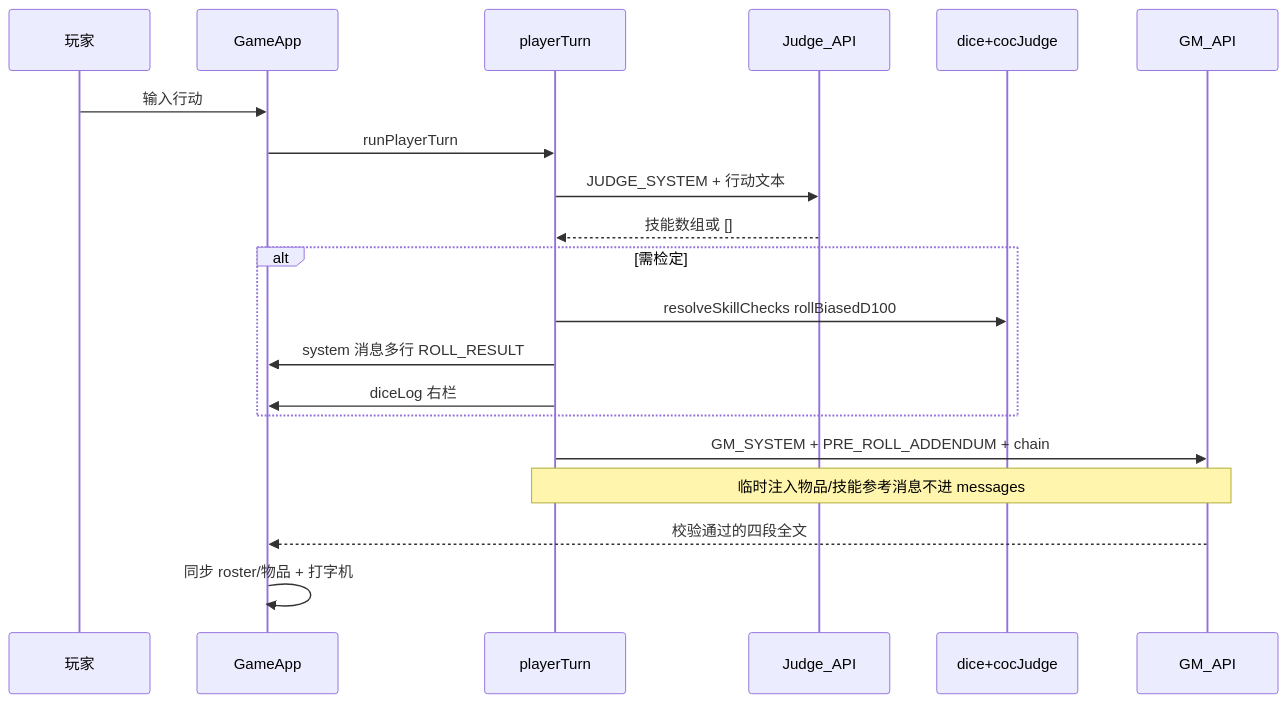
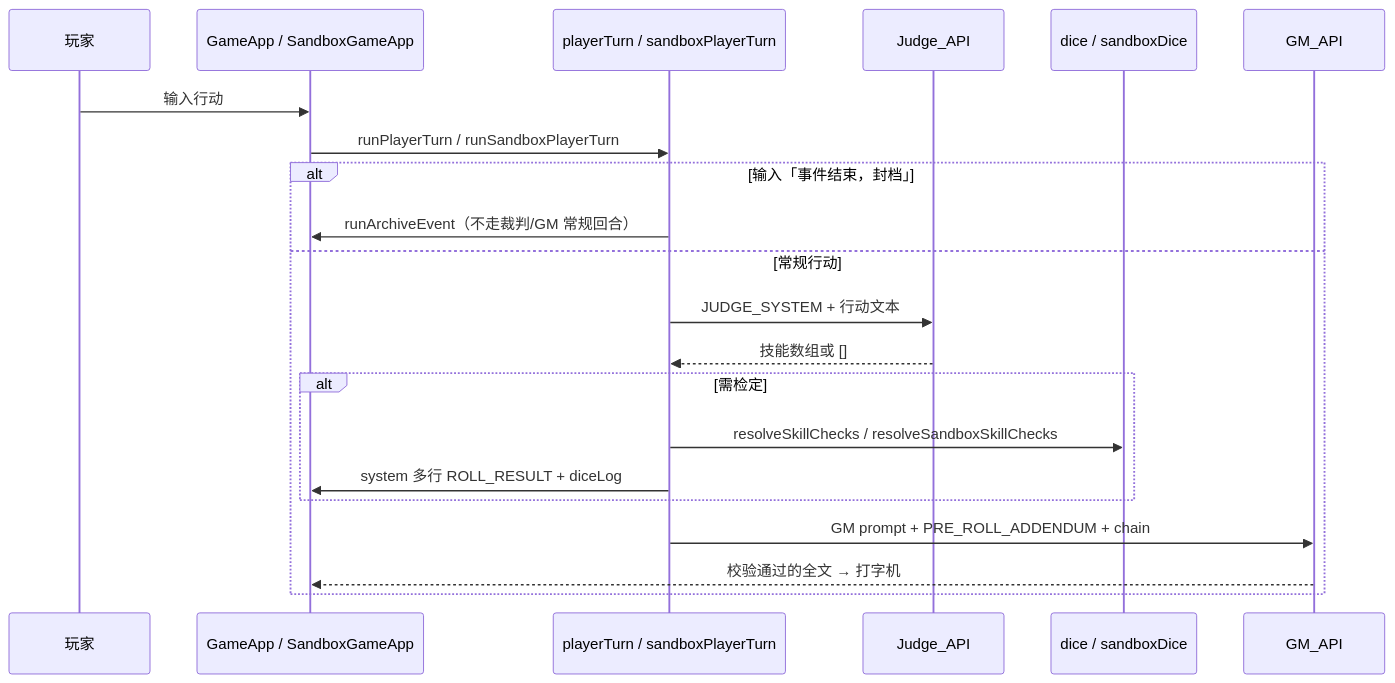
Before and after one commit to heyixigu/coc: the third of 3 diagrams in AI_ONBOARDING.md, drawn with Mermaid. The commit also changed other lines of this file and 2 other files, not shown here.

Commit message:
打字机，骰子，固定。

````diff
--- a/AI_ONBOARDING.md
+++ b/AI_ONBOARDING.md
@@ -109,23 +169,24 @@
 ```mermaid
 sequenceDiagram
   participant U as 玩家
-  participant GA as GameApp
-  participant PT as playerTurn
+  participant App as GameApp / SandboxGameApp
+  participant PT as playerTurn / sandboxPlayerTurn
   participant J as Judge_API
-  participant C as dice+cocJudge
+  participant C as dice / sandboxDice
   participant GM as GM_API
 
-  U->>GA: 输入行动
-  GA->>PT: runPlayerTurn
-  PT->>J: JUDGE_SYSTEM + 行动文本
-  J-->>PT: 技能数组或 []
-  alt 需检定
-    PT->>C: resolveSkillChecks rollBiasedD100
-    PT->>GA: system 消息多行 ROLL_RESULT
-    PT->>GA: diceLog 右栏
+  U->>App: 输入行动
+  App->>PT: runPlayerTurn / runSandboxPlayerTurn
+  alt 输入「事件结束，封档」
+    PT->>App: runArchiveEvent（不走裁判/GM 常规回合）
+  else 常规行动
+    PT->>J: JUDGE_SYSTEM + 行动文本
+    J-->>PT: 技能数组或 []
+    alt 需检定
+      PT->>C: resolveSkillChecks / resolveSandboxSkillChecks
+      PT->>App: system 多行 ROLL_RESULT + diceLog
+    end
+    PT->>GM: GM prompt + PRE_ROLL_ADDENDUM + chain
+    GM-->>App: 校验通过的全文 → 打字机
   end
-  PT->>GM: GM_SYSTEM + PRE_ROLL_ADDENDUM + chain
-  Note over PT,GM: 临时注入物品/技能参考消息不进 messages
-  GM-->>GA: 校验通过的四段全文
-  GA->>GA: 同步 roster/物品 + 打字机
 ```
````
